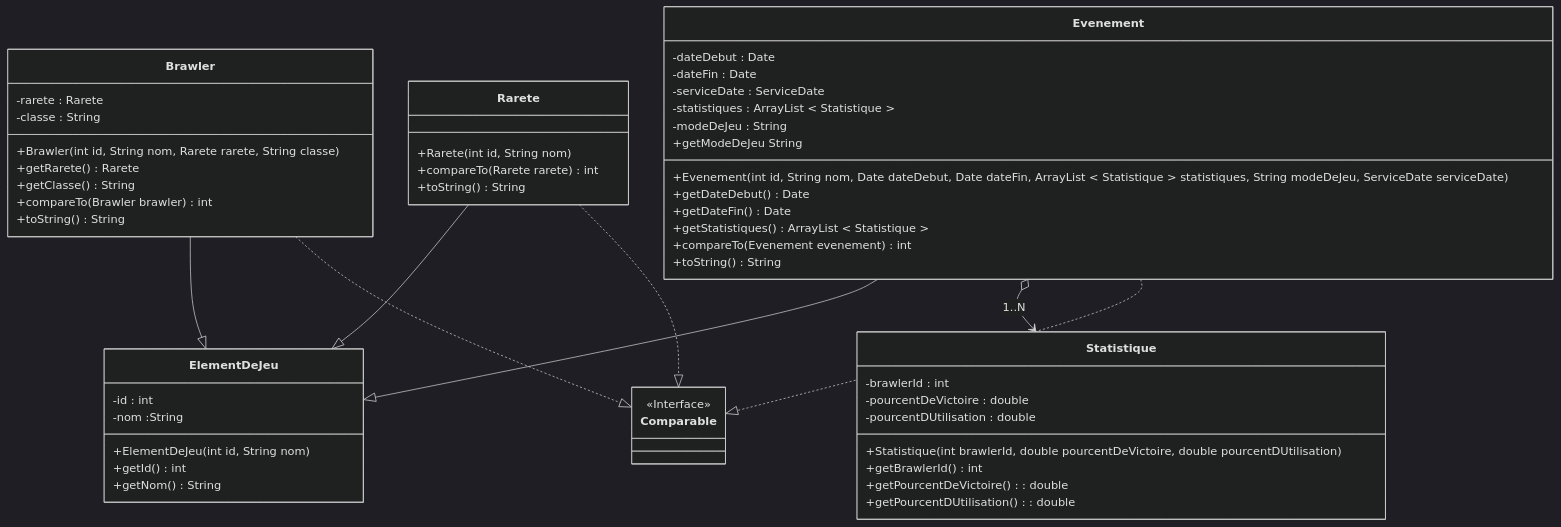
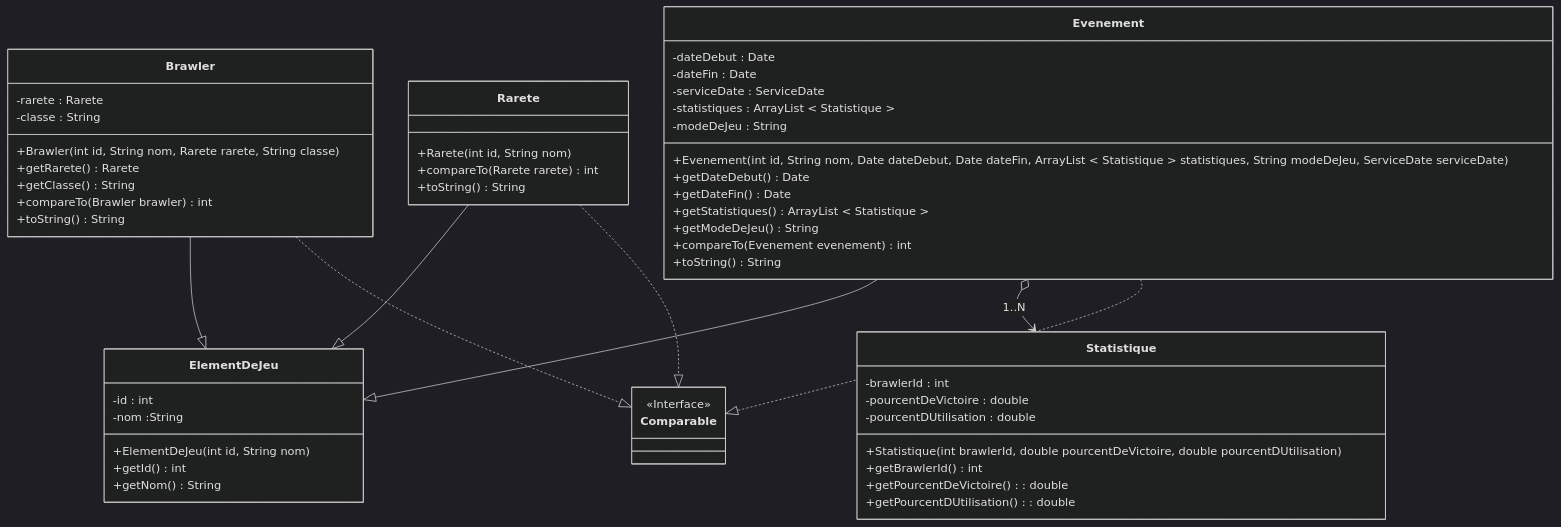
Before and after one commit to emf-info-320/320_E1_BrawlStar: the sixth of 17 diagrams in README.md, drawn with Mermaid (dark theme).

Commit message:
Correction "ModeDeJeu"

````diff
--- a/README.md
+++ b/README.md
@@ -308,71 +308,71 @@
 ```mermaid
 classDiagram
 
 
     class Brawler {
         -rarete : Rarete
         -classe : String
 
         +Brawler(int id, String nom, Rarete rarete, String classe)
         +getRarete() Rarete
         +getClasse() String
         +compareTo(Brawler brawler) int
         +toString() String
     }
 
     class ElementDeJeu {
         -id : int 
         -nom :String
 
         +ElementDeJeu(int id, String nom)
         +getId() int
         +getNom() String
     }
 
     class Evenement{
         -dateDebut : Date
         -dateFin : Date
         -serviceDate : ServiceDate
         -statistiques : ArrayList < Statistique >
         -modeDeJeu : String
 
         +Evenement(int id, String nom, Date dateDebut, Date dateFin, ArrayList < Statistique > statistiques, String modeDeJeu, ServiceDate serviceDate)
         +getDateDebut() Date
         +getDateFin() Date
         +getStatistiques() ArrayList < Statistique >
-        +getModeDeJeu String
+        +getModeDeJeu() String
         +compareTo(Evenement evenement) int
         +toString() String
     }
 
     class Rarete {
         +Rarete(int id, String nom)
         +compareTo(Rarete rarete) int
         +toString() String
     }
 
     class Statistique {
         -brawlerId : int
         -pourcentDeVictoire : double
         -pourcentDUtilisation : double
 
         +Statistique(int brawlerId, double pourcentDeVictoire, double pourcentDUtilisation)
         +getBrawlerId() int
         +getPourcentDeVictoire() : double
         +getPourcentDUtilisation() : double
     }
 
     class Comparable{
         <<Interface>>
     }
 
     Brawler --|> ElementDeJeu
     Evenement --|> ElementDeJeu
     Rarete --|> ElementDeJeu
     Evenement o--> Statistique : 1..N
 
     Brawler ..|> Comparable
     Evenement ..|> Comparable
     Rarete ..|> Comparable
 
 ```
````
